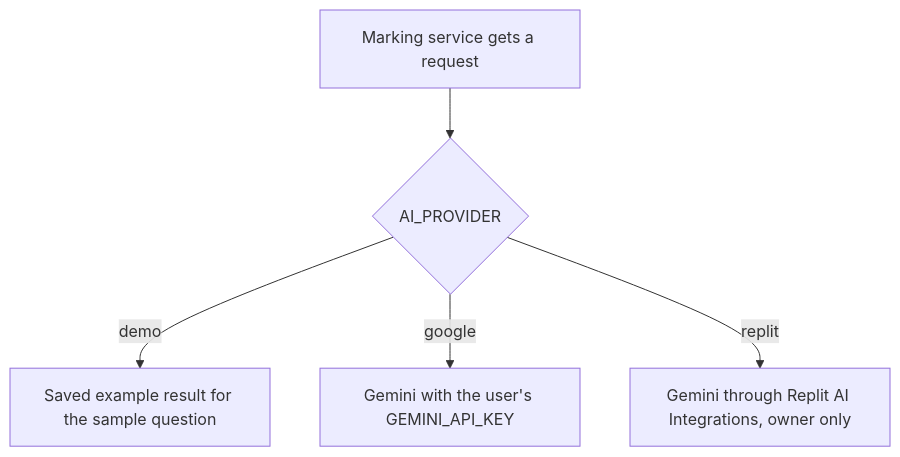
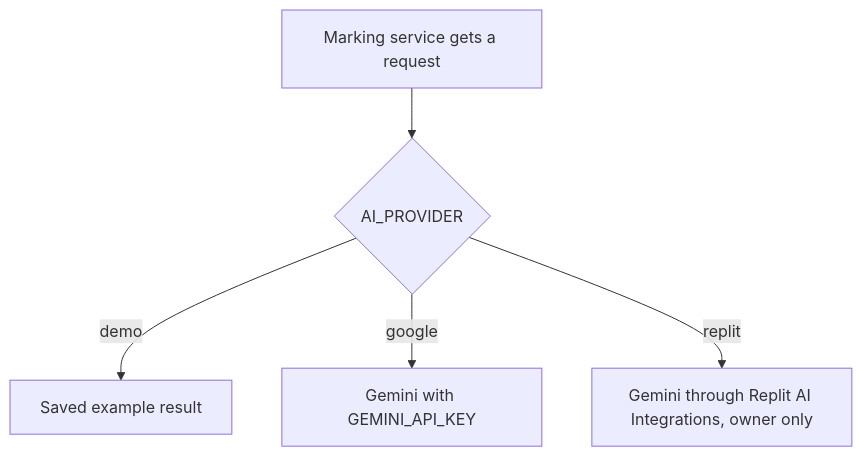
One commit to lloonnn/skrrMath changed the third of 3 diagrams in docs/ARCHITECTURE.md. Above: the diagram before and after it, drawn with Mermaid. The commit also changed other lines of this file and 20 other files, not shown here.

````diff
--- a/docs/ARCHITECTURE.md
+++ b/docs/ARCHITECTURE.md
@@ -126,7 +106,7 @@
 ```mermaid
 flowchart TD
   S["Marking service gets a request"] --> P{"AI_PROVIDER"}
-  P -->|"demo"| D["Saved example result for the sample question"]
-  P -->|"google"| K["Gemini with the user's GEMINI_API_KEY"]
+  P -->|"demo"| D["Saved example result"]
+  P -->|"google"| K["Gemini with GEMINI_API_KEY"]
   P -->|"replit"| R["Gemini through Replit AI Integrations, owner only"]
 ```
````
